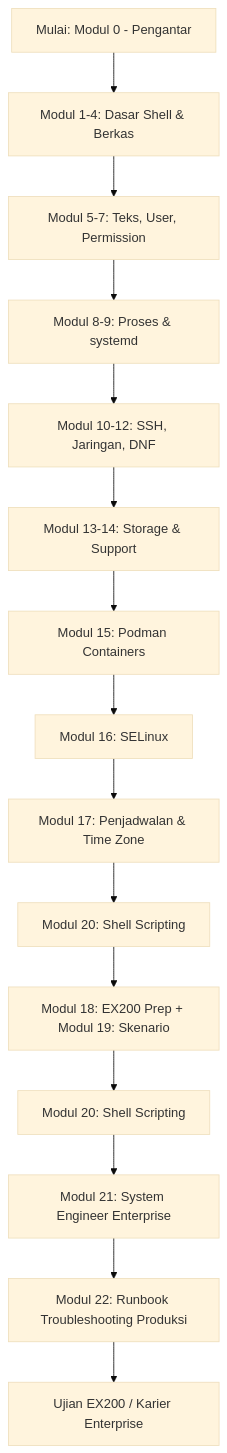
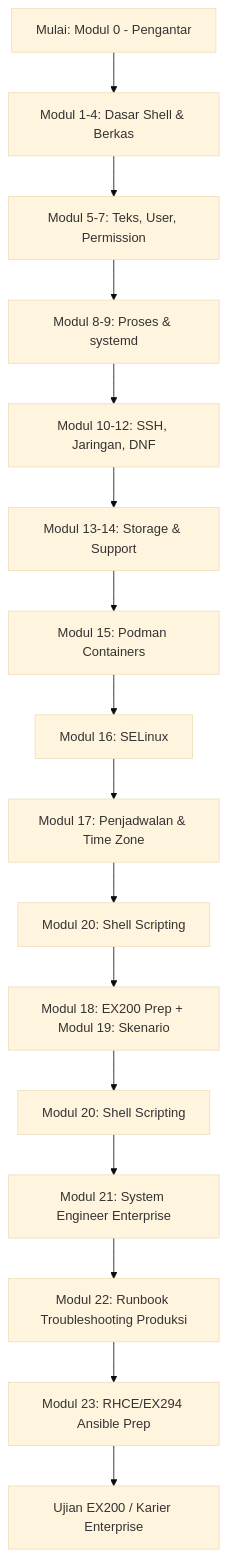
Before and after one commit to masrizram/rhcsa-rh124-rh199-guide: the diagram in docs/pusat-belajar.md, drawn with Mermaid (base theme). The commit also changed other lines of this file and 5 other files, not shown here.

Commit message:
Power-up: Pocket Runbook (offline), Modul 23 RHCE/EX294 Ansible Prep, On-Call Drill; wire ke nav/README/pusat-belajar (nav 36)

````diff
--- a/docs/pusat-belajar.md
+++ b/docs/pusat-belajar.md
@@ -15,17 +15,18 @@
 ```mermaid
 flowchart TD
     A[Mulai: Modul 0 - Pengantar] --> B[Modul 1-4: Dasar Shell & Berkas]
     B --> C[Modul 5-7: Teks, User, Permission]
     C --> D[Modul 8-9: Proses & systemd]
     D --> E[Modul 10-12: SSH, Jaringan, DNF]
     E --> F[Modul 13-14: Storage & Support]
     F --> G[Modul 15: Podman Containers]
     G --> H[Modul 16: SELinux]
     H --> I[Modul 17: Penjadwalan & Time Zone]
     I --> J[Modul 20: Shell Scripting]
     J --> K[Modul 18: EX200 Prep + Modul 19: Skenario]
     K --> L[Modul 20: Shell Scripting]
     L --> M[Modul 21: System Engineer Enterprise]
     M --> N[Modul 22: Runbook Troubleshooting Produksi]
-    N --> O[Ujian EX200 / Karier Enterprise]
+    N --> O[Modul 23: RHCE/EX294 Ansible Prep]
+    O --> P[Ujian EX200 / Karier Enterprise]
 ```
````
